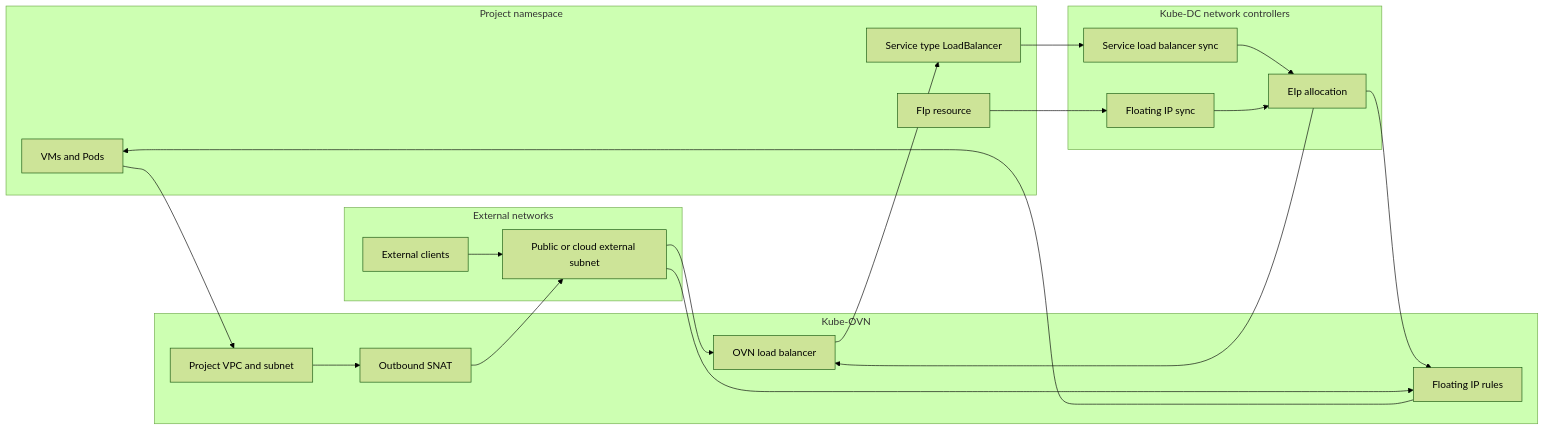
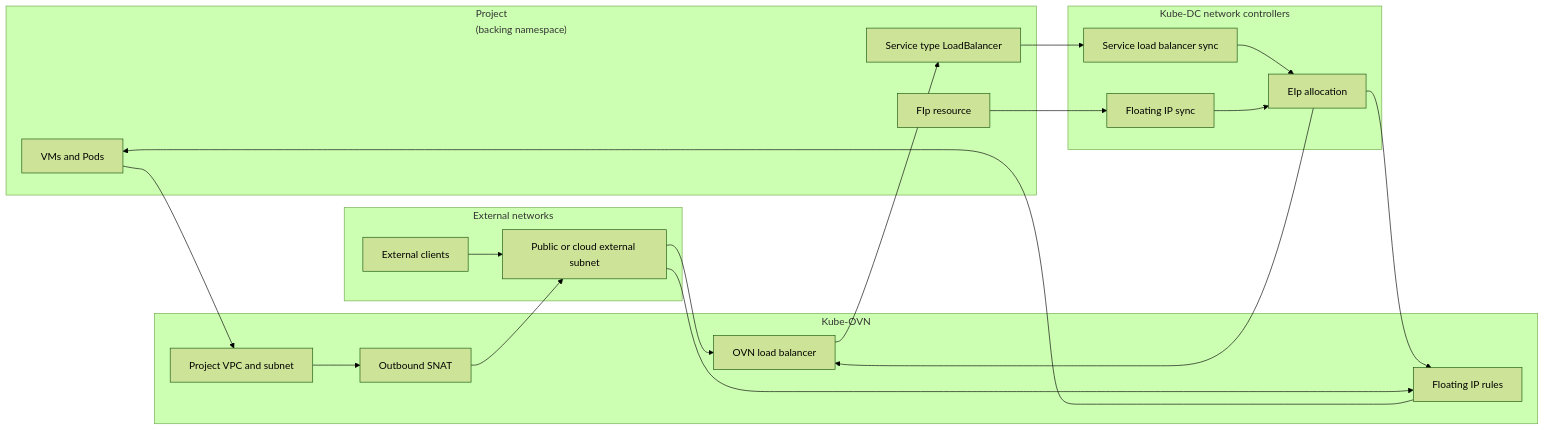
The third of 5 diagrams in docs/platform/controller-diagram.md (kube-dc/kube-dc-public), drawn with Mermaid (forest theme) before and after one commit. The commit also changed other lines of this file and 150 other files, not shown here.

````diff
--- a/docs/platform/controller-diagram.md
+++ b/docs/platform/controller-diagram.md
@@ -116,36 +120,38 @@
 ```mermaid
 flowchart LR
-  subgraph Project["Project namespace"]
+  accTitle: Project workload network flow
+  accDescr: Project workloads use their isolated subnet, with controlled egress through the Project router and optional external IP mappings for ingress or dedicated egress.
+  subgraph Project["Project<br/>(backing namespace)"]
     Workload["VMs and Pods"]
     Service["Service type LoadBalancer"]
     FIp["FIp resource"]
   end
 
   subgraph Network["Kube-DC network controllers"]
     EIp["EIp allocation"]
     SLB["Service load balancer sync"]
     FIPSync["Floating IP sync"]
   end
 
   subgraph OVN["Kube-OVN"]
     VPC["Project VPC and subnet"]
     SNAT["Outbound SNAT"]
     LB["OVN load balancer"]
     DNAT["Floating IP rules"]
   end
 
   subgraph External["External networks"]
     Public["Public or cloud external subnet"]
     Clients["External clients"]
   end
 
   Workload --> VPC
   VPC --> SNAT --> Public
 
   Service --> SLB --> EIp --> LB
   FIp --> FIPSync --> EIp --> DNAT
 
   Clients --> Public
   Public --> LB --> Service
   Public --> DNAT --> Workload
 ```
````
